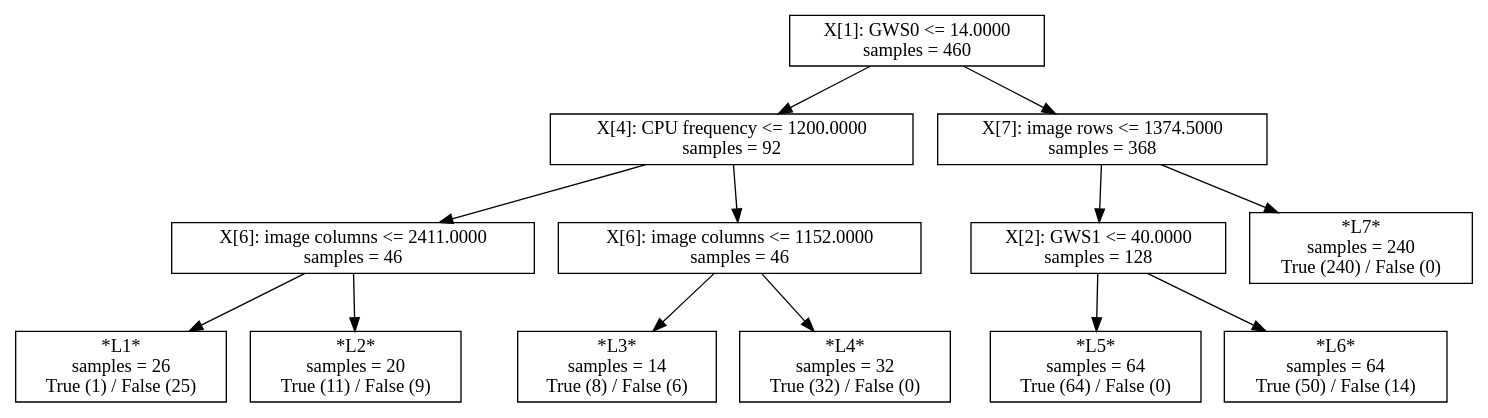
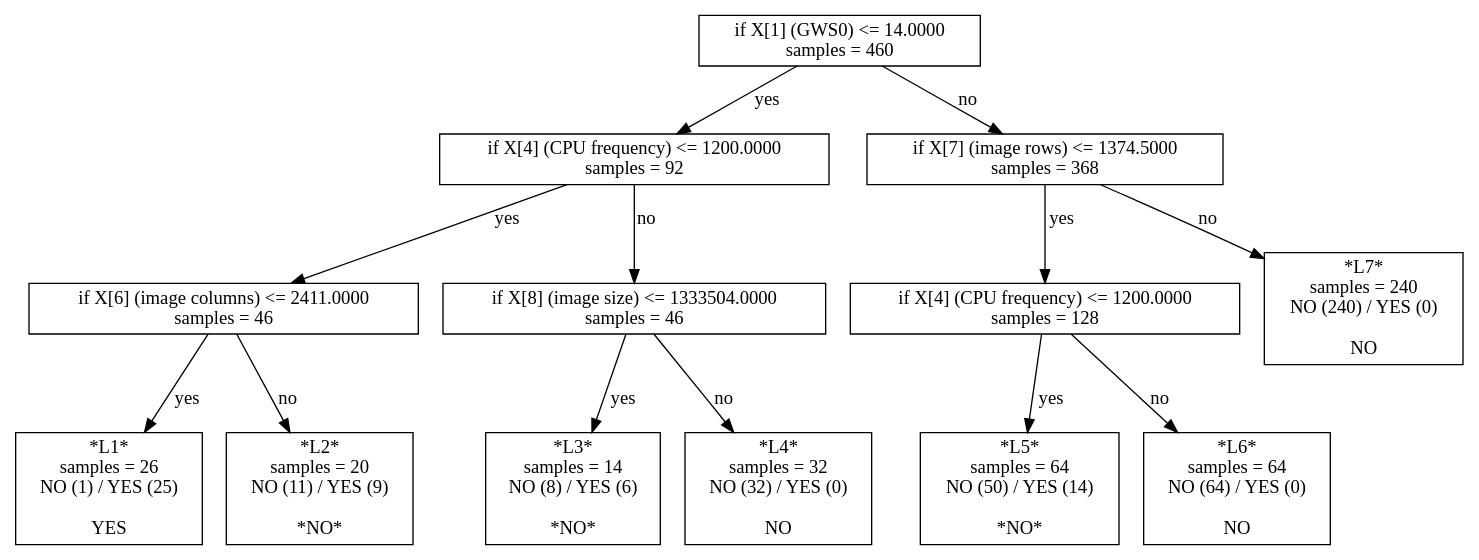
Before and after one commit to ctuning/reproduce-ck-paper-large-experiments: the diagram in script/reproduce-hog-modeling/t628-second-set-of-features-depth3/model-sklearn-dtc.model.dot, drawn with Graphviz. The commit also changed 199 other files, not shown here.

```diff
--- a/script/reproduce-hog-modeling/t628-second-set-of-features-depth3/model-sklearn-dtc.model.dot
+++ b/script/reproduce-hog-modeling/t628-second-set-of-features-depth3/model-sklearn-dtc.model.dot
@@ -1,27 +1,27 @@
 digraph Tree {
-0 [label="X[1]: GWS0 <= 14.0000\nsamples = 460", shape="box"] ;
-1 [label="X[4]: CPU frequency <= 1200.0000\nsamples = 92", shape="box"] ;
-0 -> 1 ;
-2 [label="X[6]: image columns <= 2411.0000\nsamples = 46", shape="box"] ;
-1 -> 2 ;
-3 [label="*L1*\nsamples = 26\nTrue (1) / False (25)", shape="box"] ;
-2 -> 3 ;
-4 [label="*L2*\nsamples = 20\nTrue (11) / False (9)", shape="box"] ;
-2 -> 4 ;
-5 [label="X[6]: image columns <= 1152.0000\nsamples = 46", shape="box"] ;
-1 -> 5 ;
-6 [label="*L3*\nsamples = 14\nTrue (8) / False (6)", shape="box"] ;
-5 -> 6 ;
-7 [label="*L4*\nsamples = 32\nTrue (32) / False (0)", shape="box"] ;
-5 -> 7 ;
-8 [label="X[7]: image rows <= 1374.5000\nsamples = 368", shape="box"] ;
-0 -> 8 ;
-9 [label="X[2]: GWS1 <= 40.0000\nsamples = 128", shape="box"] ;
-8 -> 9 ;
-10 [label="*L5*\nsamples = 64\nTrue (64) / False (0)", shape="box"] ;
-9 -> 10 ;
-11 [label="*L6*\nsamples = 64\nTrue (50) / False (14)", shape="box"] ;
-9 -> 11 ;
-12 [label="*L7*\nsamples = 240\nTrue (240) / False (0)", shape="box"] ;
-8 -> 12 ;
+0 [label="if X[1] (GWS0) <= 14.0000\nsamples = 460", shape="box"] ;
+1 [label="if X[4] (CPU frequency) <= 1200.0000\nsamples = 92", shape="box"] ;
+0 -> 1 [label="yes"];
+2 [label="if X[6] (image columns) <= 2411.0000\nsamples = 46", shape="box"] ;
+1 -> 2 [label="yes"];
+3 [label="*L1*\nsamples = 26\nNO (1) / YES (25)\n\nYES", shape="box"] ;
+2 -> 3 [label="yes"];
+4 [label="*L2*\nsamples = 20\nNO (11) / YES (9)\n\n*NO*", shape="box"] ;
+2 -> 4 [label="no"];
+5 [label="if X[8] (image size) <= 1333504.0000\nsamples = 46", shape="box"] ;
+1 -> 5 [label="no"];
+6 [label="*L3*\nsamples = 14\nNO (8) / YES (6)\n\n*NO*", shape="box"] ;
+5 -> 6 [label="yes"];
+7 [label="*L4*\nsamples = 32\nNO (32) / YES (0)\n\nNO", shape="box"] ;
+5 -> 7 [label="no"];
+8 [label="if X[7] (image rows) <= 1374.5000\nsamples = 368", shape="box"] ;
+0 -> 8 [label="no"];
+9 [label="if X[4] (CPU frequency) <= 1200.0000\nsamples = 128", shape="box"] ;
+8 -> 9 [label="yes"];
+10 [label="*L5*\nsamples = 64\nNO (50) / YES (14)\n\n*NO*", shape="box"] ;
+9 -> 10 [label="yes"];
+11 [label="*L6*\nsamples = 64\nNO (64) / YES (0)\n\nNO", shape="box"] ;
+9 -> 11 [label="no"];
+12 [label="*L7*\nsamples = 240\nNO (240) / YES (0)\n\nNO", shape="box"] ;
+8 -> 12 [label="no"];
 }
```
